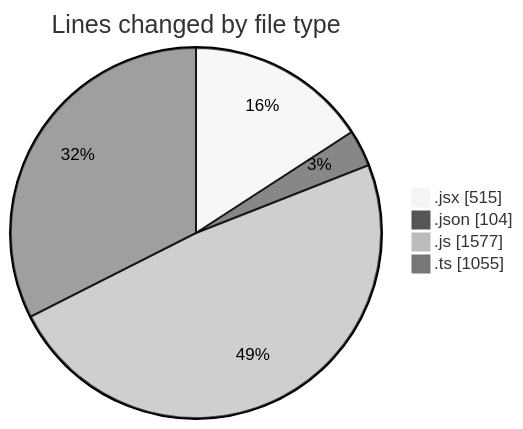
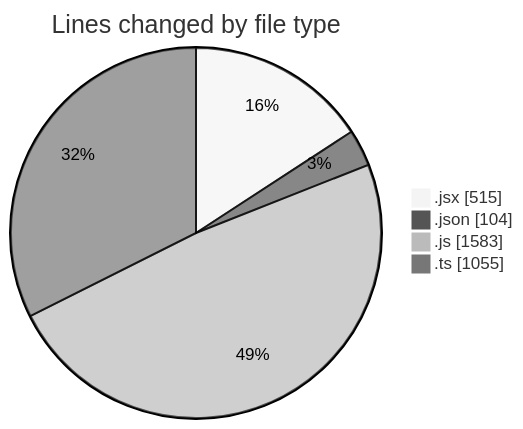
One commit to momahboobian/code-tracking changed the first of 2 diagrams in 2025-05-19/cda/README.md. Above: the diagram before and after it, drawn with Mermaid (neutral theme). The commit also changed other lines of this file and 1 other file, not shown here.

````diff
--- a/2025-05-19/cda/README.md
+++ b/2025-05-19/cda/README.md
@@ -27,8 +27,8 @@
 ```mermaid
 pie showData
 title Lines changed by file type
 ".jsx" : 515
 ".json" : 104
-".js" : 1577
+".js" : 1583
 ".ts" : 1055
 ```
````
